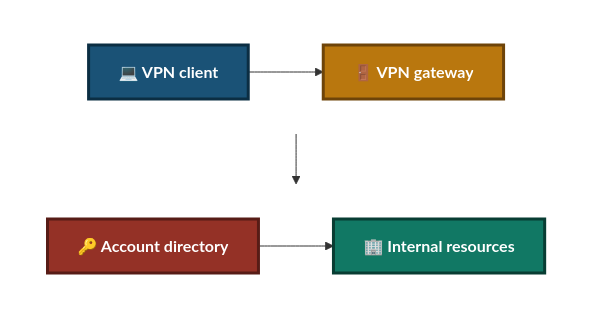
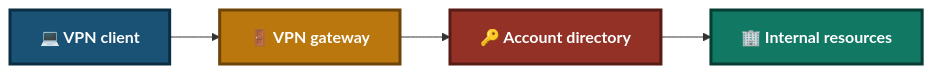
One commit to malaika-azhar/Customer-Tech-Support-Portfolio changed the second of 5 diagrams in 01-Video-knowledge-base/01.3-VPN-Connection-Failed.md. Above: the diagram before and after it, drawn with Mermaid. The commit also changed other lines of this file, not shown here.

````diff
--- a/01-Video-knowledge-base/01.3-VPN-Connection-Failed.md
+++ b/01-Video-knowledge-base/01.3-VPN-Connection-Failed.md
@@ -195,19 +195,9 @@
 ```mermaid
-flowchart TD
-    subgraph R1[" "]
-        direction LR
-        A["💻 VPN client"]:::a --> B["🚪 VPN gateway"]:::b
-    end
-    subgraph R2[" "]
-        direction LR
-        C["🔑 Account directory"]:::c --> D["🏢 Internal resources"]:::d
-    end
-    R1 --> R2
+flowchart LR
+    A["💻 VPN client"]:::a --> B["🚪 VPN gateway"]:::b --> C["🔑 Account directory"]:::c --> D["🏢 Internal resources"]:::d
 
     classDef a fill:#1A5276,stroke:#0B2E43,stroke-width:3px,color:#FFFFFF,font-weight:bold
     classDef b fill:#B9770E,stroke:#6E4409,stroke-width:3px,color:#FFFFFF,font-weight:bold
     classDef c fill:#943126,stroke:#571C16,stroke-width:3px,color:#FFFFFF,font-weight:bold
     classDef d fill:#117864,stroke:#083D33,stroke-width:3px,color:#FFFFFF,font-weight:bold
-    style R1 fill:none,stroke:none
-    style R2 fill:none,stroke:none
 ```
````
